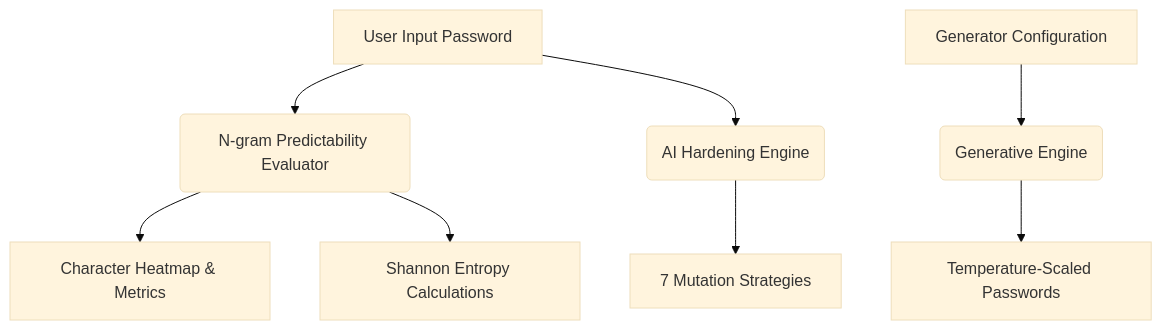
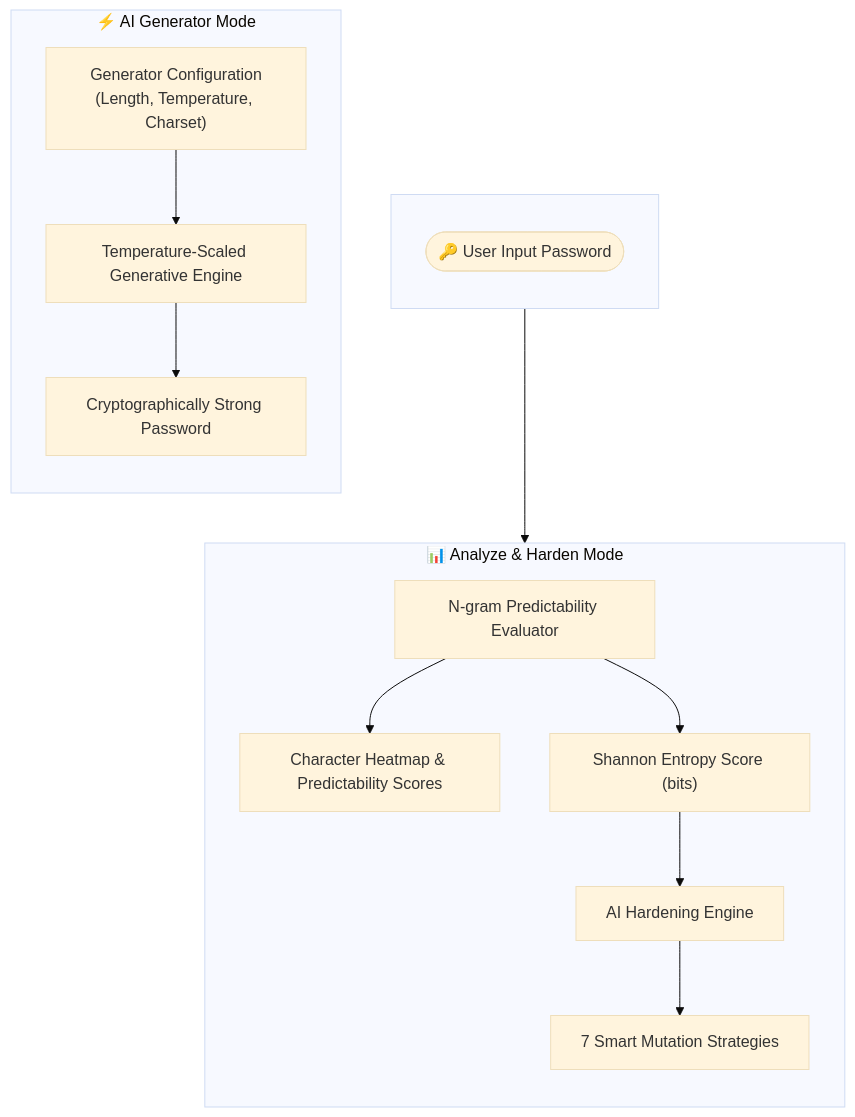
The diagram in README.md (atribiswas03/PassIntel-AI), drawn with Mermaid (base theme) before and after one commit. The commit also changed other lines of this file, not shown here.

````diff
--- a/README.md
+++ b/README.md
@@ -78,10 +79,32 @@
 ```mermaid
-graph TD
-    A[User Input Password] --> B(N-gram Predictability Evaluator)
-    B --> C[Character Heatmap & Metrics]
-    B --> D[Shannon Entropy Calculations]
-    A --> E(AI Hardening Engine)
-    E --> F[7 Mutation Strategies]
-    G[Generator Configuration] --> H(Generative Engine)
-    H --> I[Temperature-Scaled Passwords]
+flowchart TB
+    subgraph INPUT [" "]
+        direction TB
+        PWD(["🔑 User Input Password"])
+    end
+
+    subgraph ANALYZE ["📊 Analyze & Harden Mode"]
+        direction TB
+        NGRAM["N-gram Predictability Evaluator"]
+        HEATMAP["Character Heatmap & Predictability Scores"]
+        ENTROPY["Shannon Entropy Score (bits)"]
+        HARDEN["AI Hardening Engine"]
+        MUTATE["7 Smart Mutation Strategies"]
+    end
+
+    subgraph GENERATE ["⚡ AI Generator Mode"]
+        direction TB
+        CONFIG["Generator Configuration\n(Length, Temperature, Charset)"]
+        ENGINE["Temperature-Scaled Generative Engine"]
+        OUTPUT["Cryptographically Strong Password"]
+    end
+
+    PWD --> NGRAM
+    NGRAM --> HEATMAP
+    NGRAM --> ENTROPY
+    ENTROPY --> HARDEN
+    HARDEN --> MUTATE
+
+    CONFIG --> ENGINE
+    ENGINE --> OUTPUT
 ```
````
